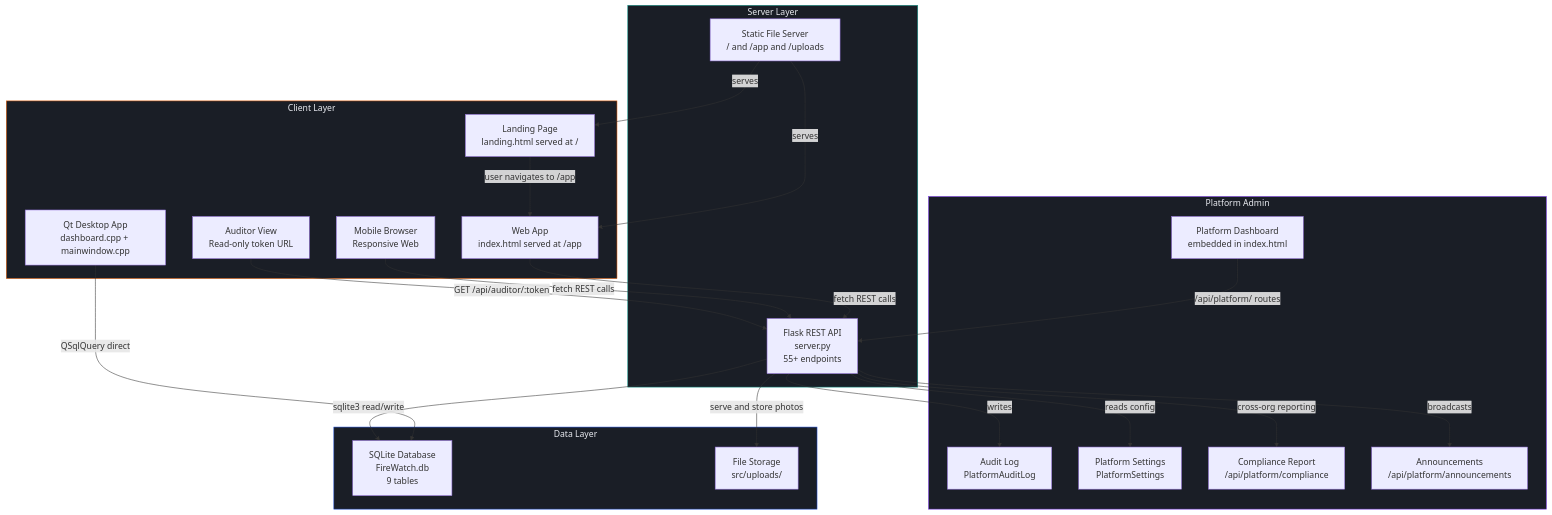
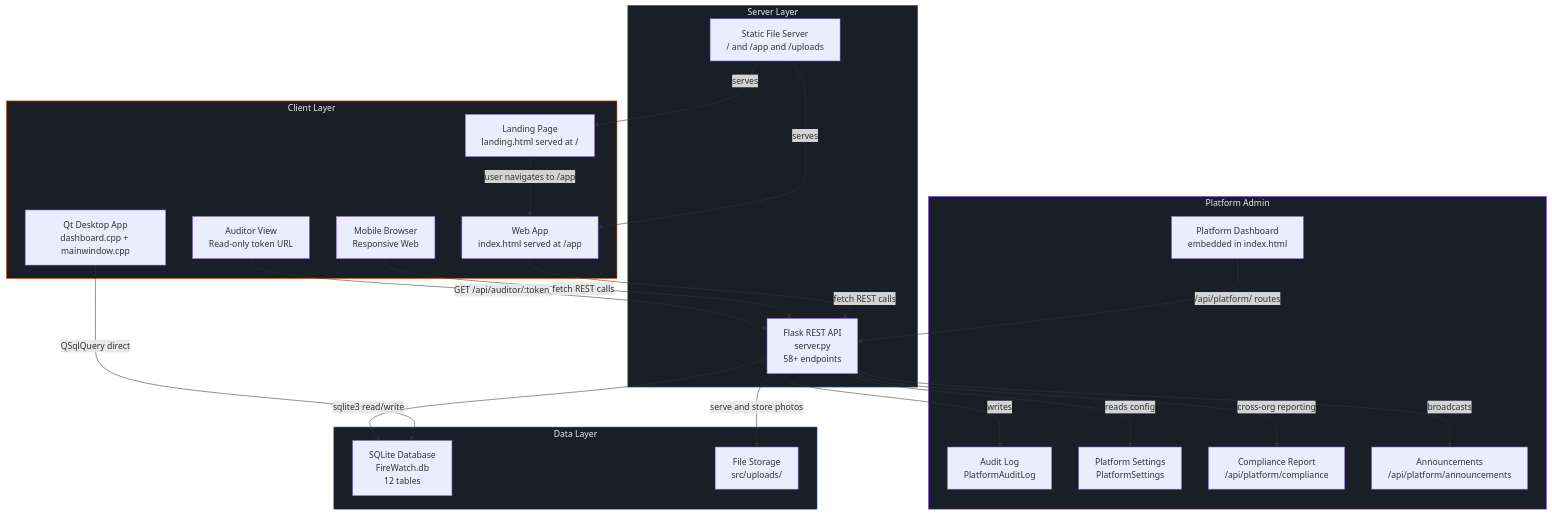
Before and after one commit to Juniusketter/Fire-Watch-App: the third of 6 diagrams in docs/erd/FireWatch_UML_Diagrams.md, drawn with Mermaid. The commit also changed other lines of this file, not shown here.

First line of the commit message:
Update UML diagrams to Sprint 5 final state

````diff
--- a/docs/erd/FireWatch_UML_Diagrams.md
+++ b/docs/erd/FireWatch_UML_Diagrams.md
@@ -313,48 +362,48 @@
 ```mermaid
 flowchart TB
   subgraph Client["Client Layer"]
     Landing["Landing Page\nlanding.html served at /"]
     Browser["Web App\nindex.html served at /app"]
     QtApp["Qt Desktop App\ndashboard.cpp + mainwindow.cpp"]
     Mobile["Mobile Browser\nResponsive Web"]
     AuditorView["Auditor View\nRead-only token URL"]
   end
 
   subgraph Server["Server Layer"]
-    Flask["Flask REST API\nserver.py\n55+ endpoints"]
+    Flask["Flask REST API\nserver.py\n58+ endpoints"]
     Static["Static File Server\n/ and /app and /uploads"]
   end
 
   subgraph Data["Data Layer"]
-    SQLite["SQLite Database\nFireWatch.db\n9 tables"]
+    SQLite["SQLite Database\nFireWatch.db\n12 tables"]
     Uploads["File Storage\nsrc/uploads/"]
   end
 
   subgraph Platform["Platform Admin"]
     PlatformUI["Platform Dashboard\nembedded in index.html"]
     AuditLog["Audit Log\nPlatformAuditLog"]
     Settings["Platform Settings\nPlatformSettings"]
     Compliance["Compliance Report\n/api/platform/compliance"]
     Announcements["Announcements\n/api/platform/announcements"]
   end
 
   Landing -->|user navigates to /app| Browser
   Browser -->|fetch REST calls| Flask
   Mobile -->|fetch REST calls| Flask
   QtApp -->|QSqlQuery direct| SQLite
   Flask -->|sqlite3 read/write| SQLite
   Flask -->|serve and store photos| Uploads
   Static -->|serves| Browser
   Static -->|serves| Landing
   AuditorView -->|GET /api/auditor/:token| Flask
   PlatformUI -->|/api/platform/ routes| Flask
   Flask -->|writes| AuditLog
   Flask -->|reads config| Settings
   Flask -->|cross-org reporting| Compliance
   Flask -->|broadcasts| Announcements
 
   style Client fill:#1a1e26,stroke:#e85d04,color:#e8eaf0
   style Server fill:#1a1e26,stroke:#0d9488,color:#e8eaf0
   style Data fill:#1a1e26,stroke:#1d4ed8,color:#e8eaf0
   style Platform fill:#1a1e26,stroke:#7c3aed,color:#e8eaf0
 ```
````
